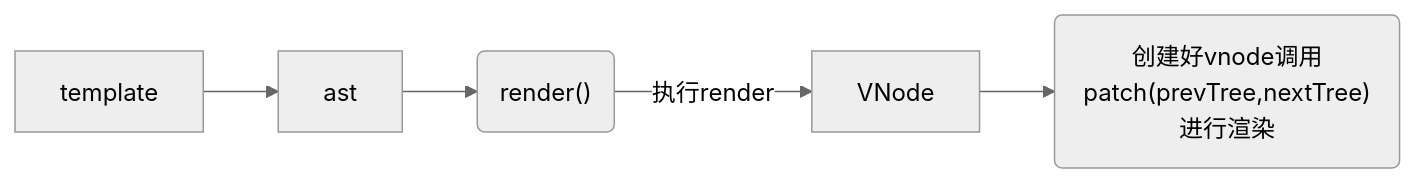
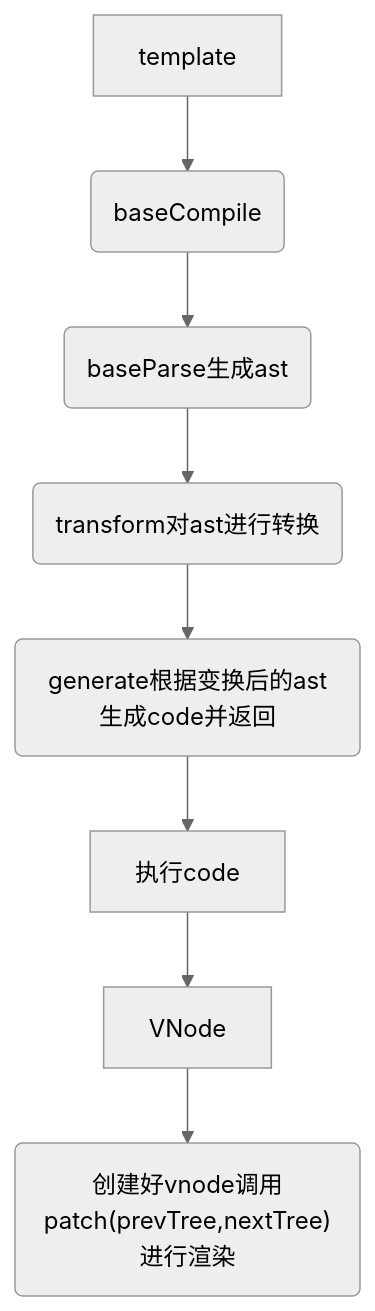
One commit to huiruo/programming-tech-website changed the first of 2 diagrams in programming-tech/Vue概览.md. Above: the diagram before and after it, drawn with Mermaid (neutral theme). The commit also changed other lines of this file and 11 other files, not shown here.

````diff
--- a/programming-tech/Vue概览.md
+++ b/programming-tech/Vue概览.md
@@ -11,5 +11,5 @@
 ```mermaid
-flowchart LR
+flowchart TD
 
-template-->ast-->a1("render()")--执行render-->VNode-->A1("创建好vnode调用patch(prevTree,nextTree)进行渲染")
+template-->A1(baseCompile)-->A2(baseParse生成ast)-->A3(transform对ast进行转换)-->A4(generate根据变换后的ast生成code并返回)-->执行code-->VNode-->A5("创建好vnode调用patch(prevTree,nextTree)进行渲染")
 ```
````
